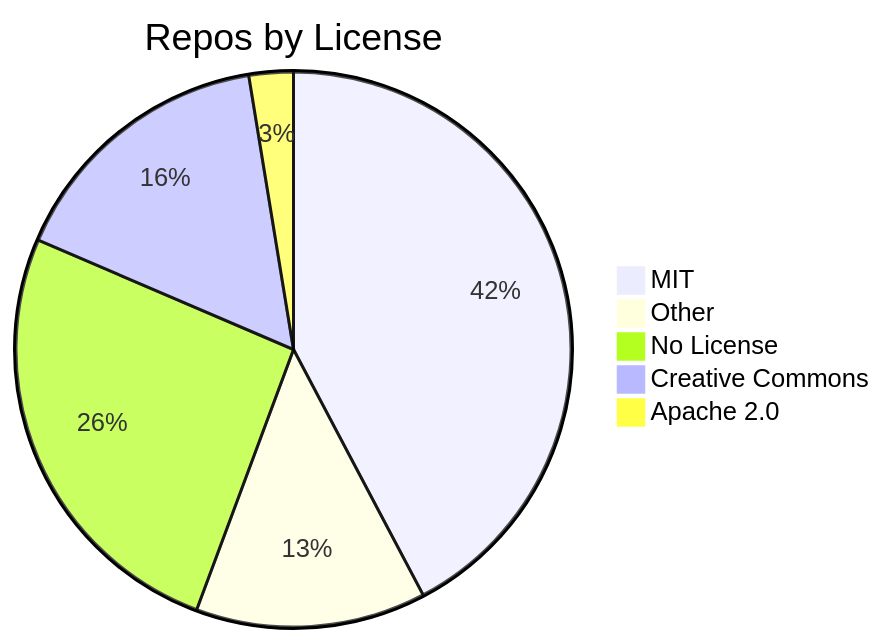
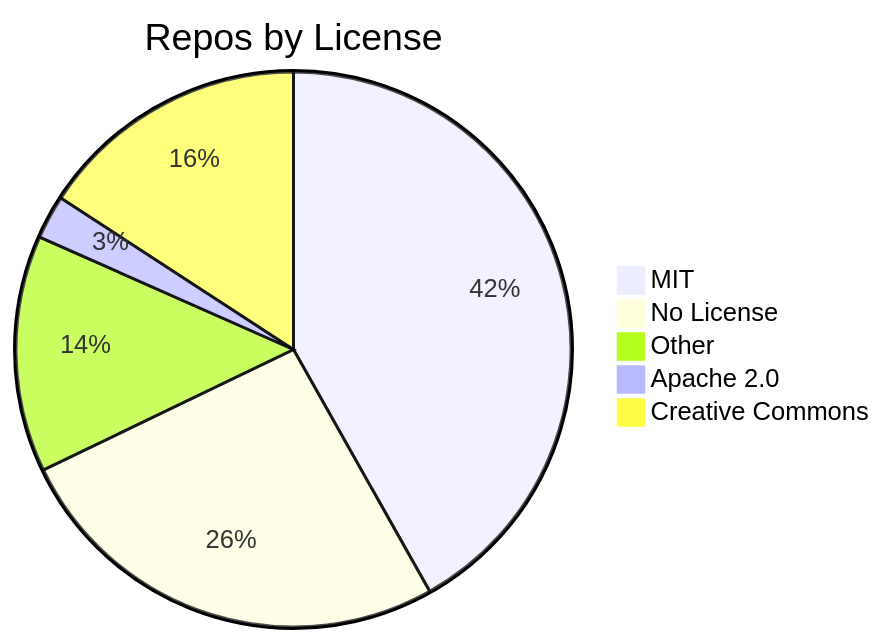
The diagram in README.md (jpatterson933/awesome-mcp-server-repo-index), drawn with Mermaid before and after one commit. The commit also changed other lines of this file and 7 other files, not shown here.

````diff
--- a/README.md
+++ b/README.md
@@ -31,8 +31,8 @@
 ```mermaid
 pie title Repos by License
     "MIT" : 82
-    "Other" : 26
-    "No License" : 50
+    "No License" : 51
+    "Other" : 27
+    "Apache 2.0" : 5
     "Creative Commons" : 31
-    "Apache 2.0" : 5
 ```
````
